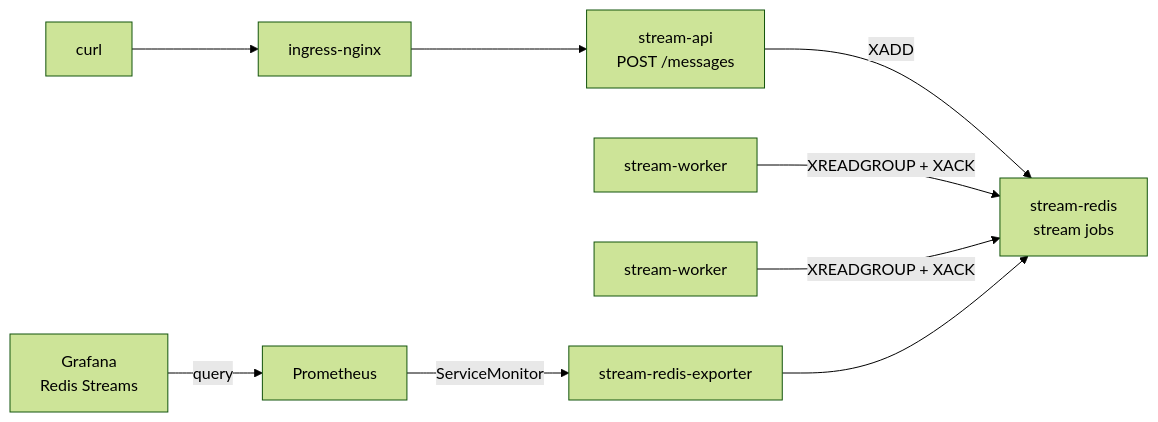
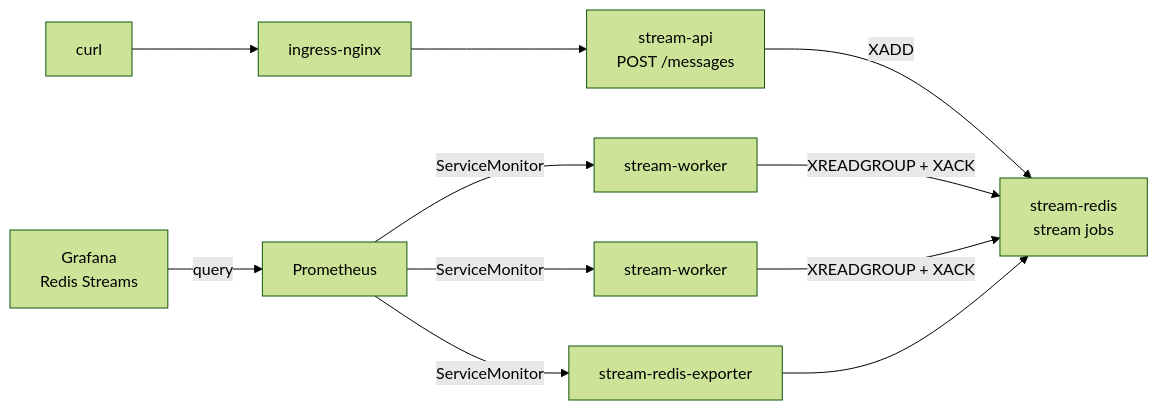
Before and after one commit to youssefshibl/k8s-labs: the diagram in lab9/README.md, drawn with Mermaid (forest theme). The commit also changed other lines of this file and 1 other file, not shown here.

````diff
--- a/lab9/README.md
+++ b/lab9/README.md
@@ -31,20 +32,22 @@
 ```mermaid
 flowchart LR
   Client["curl"]
   IC["ingress-nginx"]
   API["stream-api<br/>POST /messages"]
   Redis["stream-redis<br/>stream jobs"]
   W1["stream-worker"]
   W2["stream-worker"]
   Exp["stream-redis-exporter"]
   Prom["Prometheus"]
   Graf["Grafana<br/>Redis Streams"]
 
   Client --> IC --> API
   API -->|"XADD"| Redis
   W1 -->|"XREADGROUP + XACK"| Redis
   W2 -->|"XREADGROUP + XACK"| Redis
   Exp --> Redis
   Prom -->|ServiceMonitor| Exp
+  Prom -->|ServiceMonitor| W1
+  Prom -->|ServiceMonitor| W2
   Graf -->|query| Prom
 ```
````
